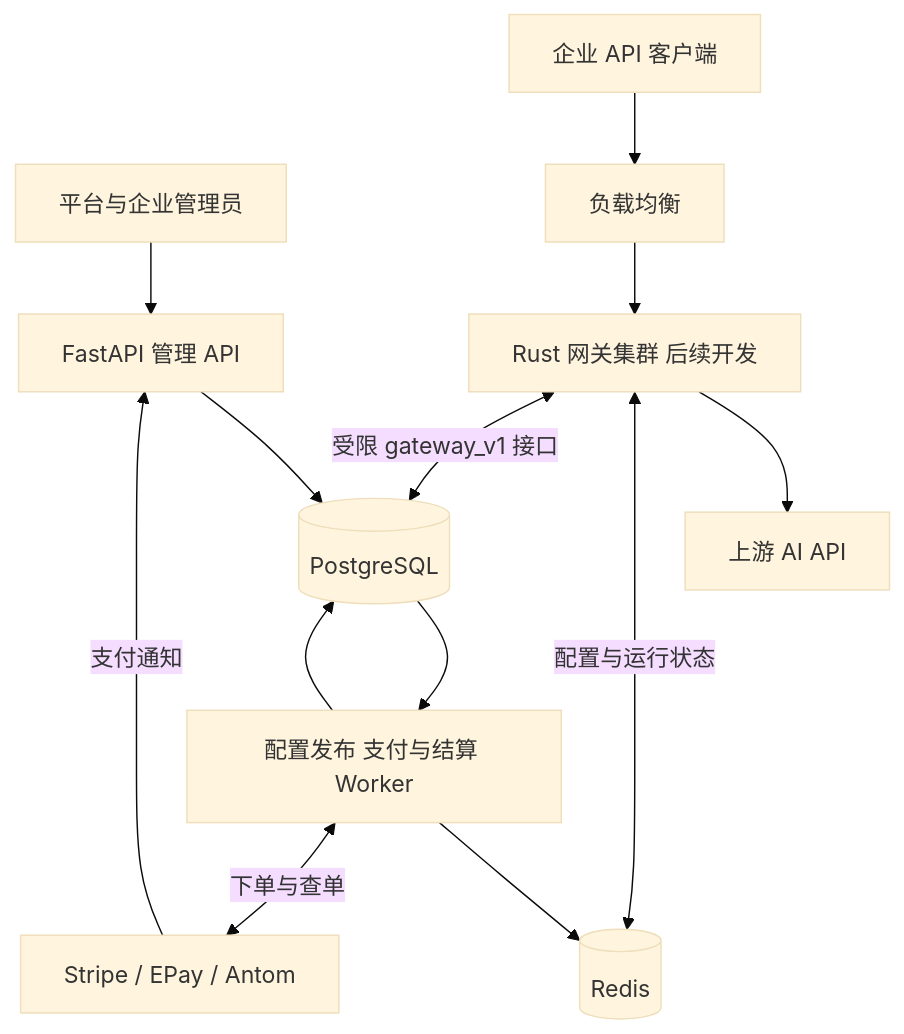
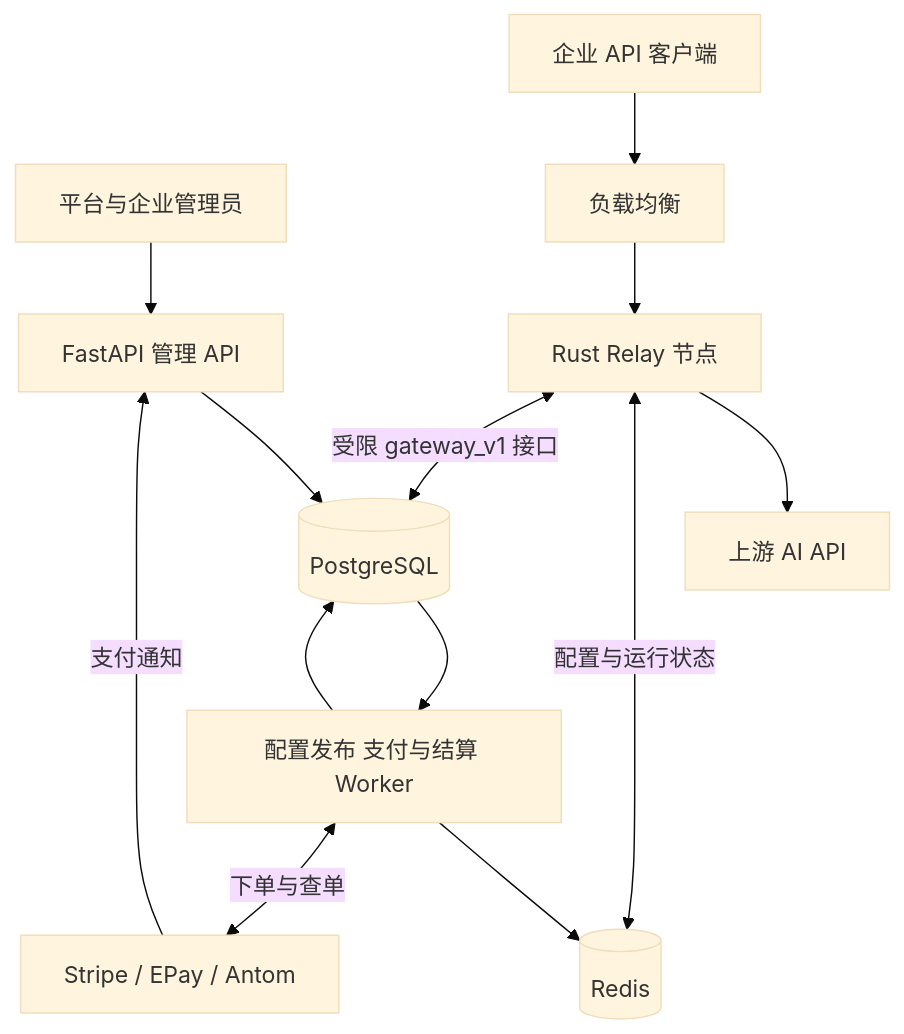
One commit to Ember-Moth/Nexus changed the diagram in docs/architecture.md. Above: the diagram before and after it, drawn with Mermaid (base theme). The commit also changed 26 other files, not shown here.

````diff
--- a/docs/architecture.md
+++ b/docs/architecture.md
@@ -7,15 +7,15 @@
 ```mermaid
 flowchart TB
     Operator[平台与企业管理员] --> API[FastAPI 管理 API]
     API --> PG[(PostgreSQL)]
     PG --> Worker[配置发布 支付与结算 Worker]
     Worker --> PG
     Worker --> Redis[(Redis)]
     Worker <-->|下单与查单| Payment[Stripe / EPay / Antom]
     Payment -->|支付通知| API
     Client[企业 API 客户端] --> LB[负载均衡]
-    LB --> Gateway[Rust 网关集群 后续开发]
+    LB --> Gateway[Rust Relay 节点]
     Gateway --> Provider[上游 AI API]
     Gateway <-->|配置与运行状态| Redis
     Gateway <-->|受限 gateway_v1 接口| PG
 ```
````
